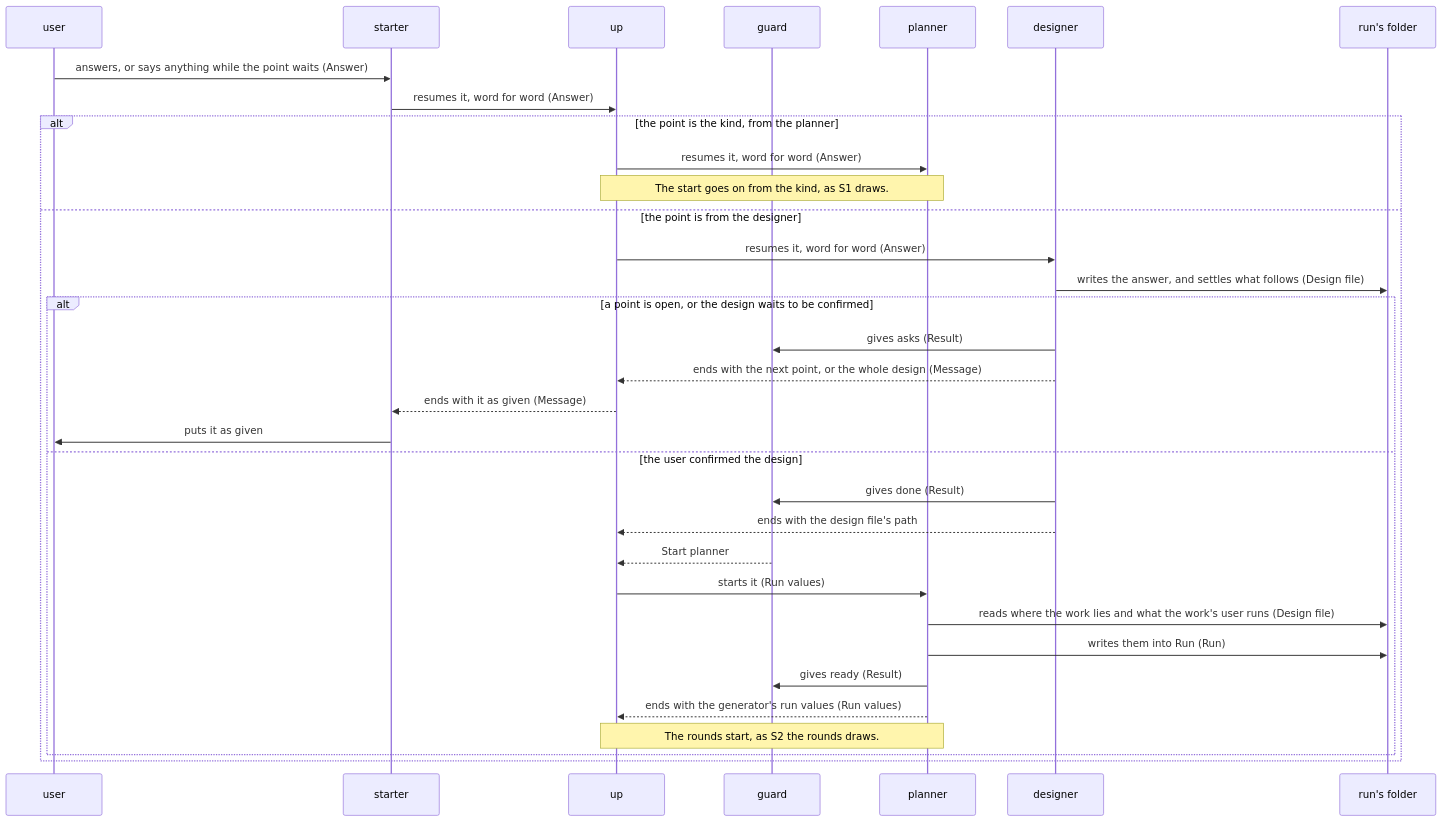
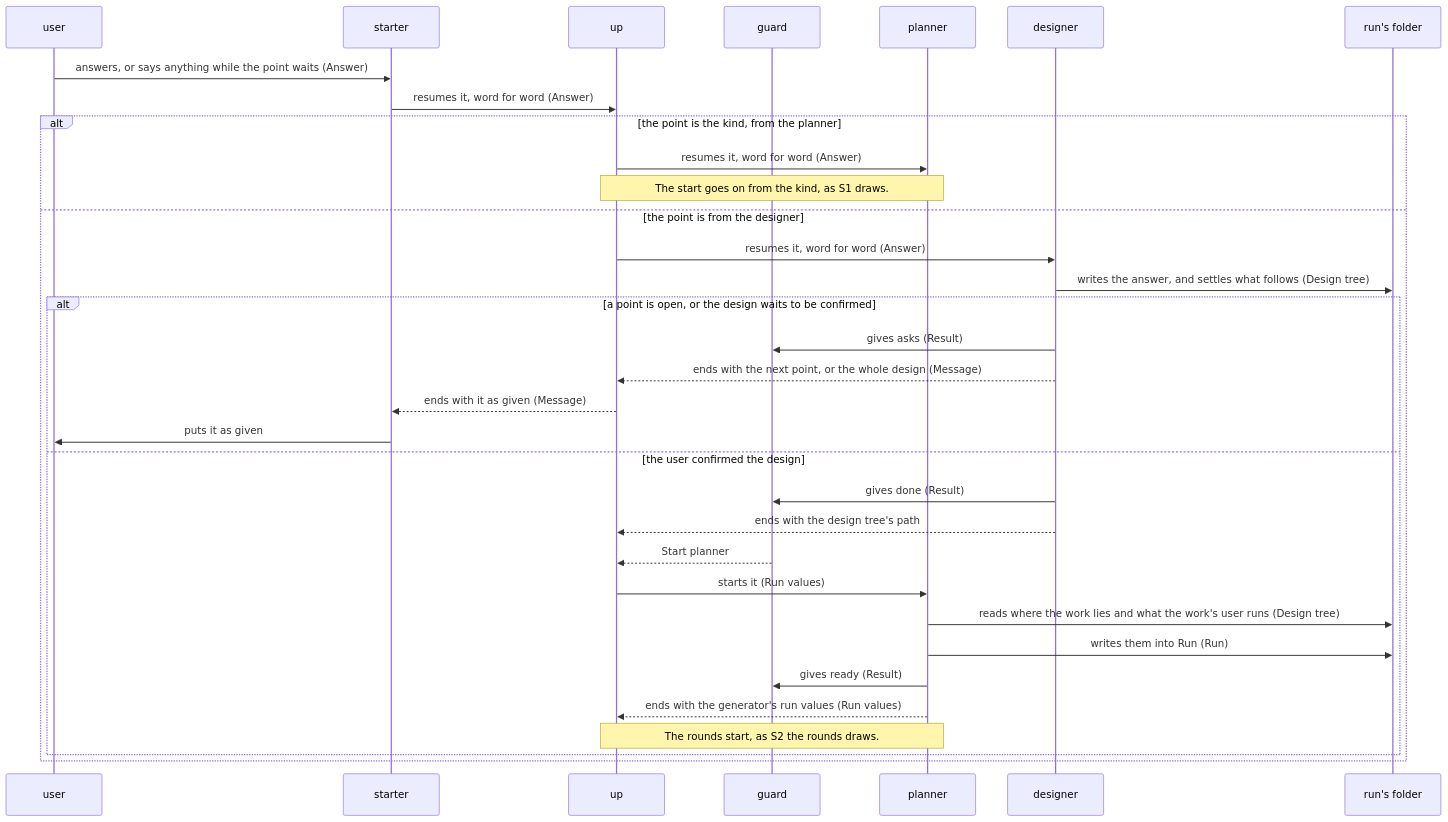
The second of 3 diagrams in dev/turn/architecture.md (lovaizu/ccpm), drawn with Mermaid before and after one commit. The commit also changed other lines of this file and 40 other files, not shown here.

````diff
--- a/dev/turn/architecture.md
+++ b/dev/turn/architecture.md
@@ -291,35 +291,35 @@
 ```mermaid
 sequenceDiagram
   participant R as user
   participant ST as starter
   participant U as up
   participant G as guard
   participant PL as planner
   participant PN as designer
   participant F as run's folder
   R->>ST: answers, or says anything while the point waits (Answer)
   ST->>U: resumes it, word for word (Answer)
   alt the point is the kind, from the planner
     U->>PL: resumes it, word for word (Answer)
     Note over U,PL: The start goes on from the kind, as S1 draws.
   else the point is from the designer
     U->>PN: resumes it, word for word (Answer)
-    PN->>F: writes the answer, and settles what follows (Design file)
+    PN->>F: writes the answer, and settles what follows (Design tree)
     alt a point is open, or the design waits to be confirmed
       PN->>G: gives asks (Result)
       PN-->>U: ends with the next point, or the whole design (Message)
       U-->>ST: ends with it as given (Message)
       ST->>R: puts it as given
     else the user confirmed the design
       PN->>G: gives done (Result)
-      PN-->>U: ends with the design file's path
+      PN-->>U: ends with the design tree's path
       G-->>U: Start planner
       U->>PL: starts it (Run values)
-      PL->>F: reads where the work lies and what the work's user runs (Design file)
+      PL->>F: reads where the work lies and what the work's user runs (Design tree)
       PL->>F: writes them into Run (Run)
       PL->>G: gives ready (Result)
       PL-->>U: ends with the generator's run values (Run values)
       Note over U,PL: The rounds start, as S2 the rounds draws.
     end
   end
 ```
````
